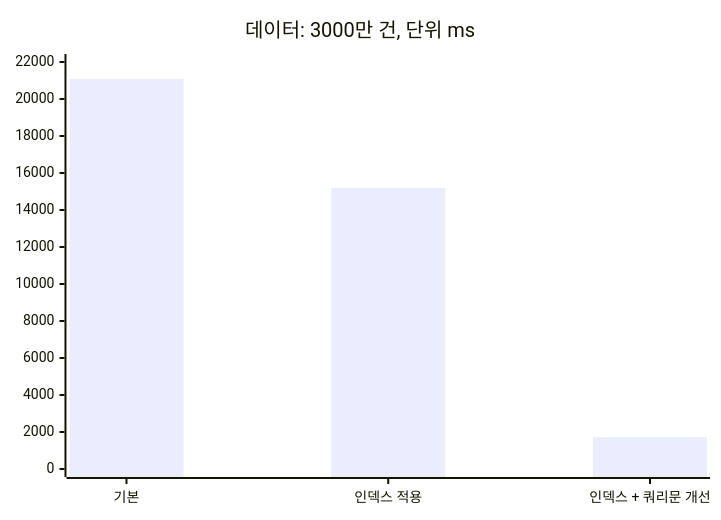
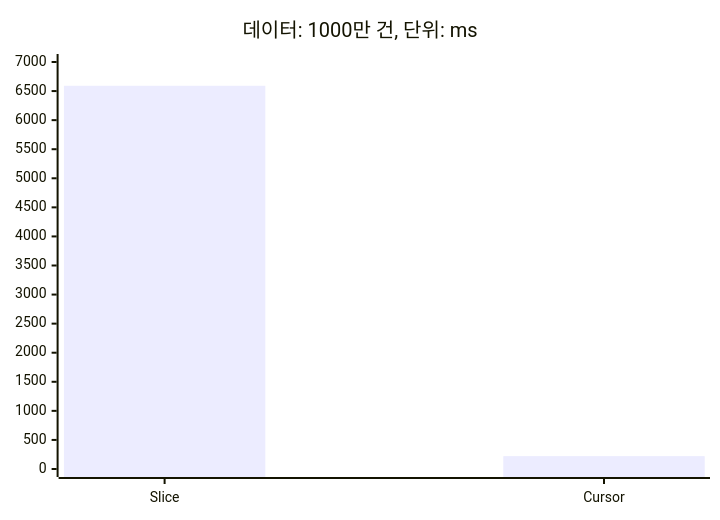
The third of 3 diagrams in README.md (openmpy/runner-wiki), drawn with Mermaid before and after one commit. The commit also changed other lines of this file, not shown here.

````diff
--- a/README.md
+++ b/README.md
@@ -189,7 +231,7 @@
 ```mermaid
 xychart-beta
-    title "데이터: 3000만 건, 단위 ms"
-    x-axis ["기본", "인덱스 적용", "인덱스 + 쿼리문 개선"]
-    y-axis 0 --> 22000
-    bar [21085, 15197, 1721]
+    title "데이터: 1000만 건, 단위: ms"
+    x-axis ["Slice", "Cursor"]
+    y-axis 0 --> 7000
+    bar [6591, 221]
 ```
````
